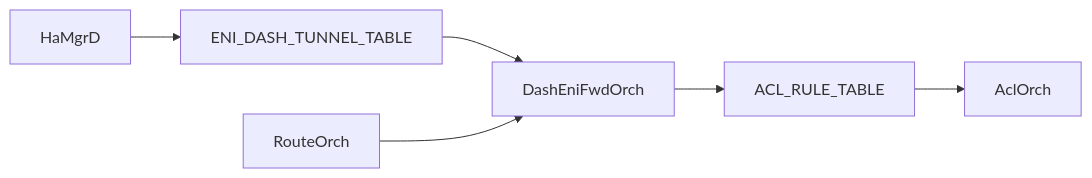
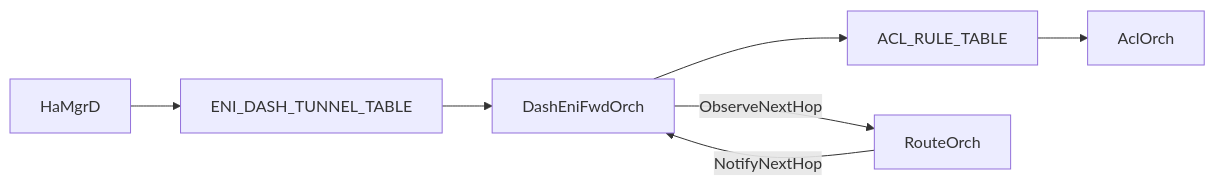
Before and after one commit to sonic-net/SONiC: the diagram in doc/smart-switch/high-availability/eni-based-forwarding.md, drawn with Mermaid.

Commit message:
Add the notify observe dependency

````diff
--- a/doc/smart-switch/high-availability/eni-based-forwarding.md
+++ b/doc/smart-switch/high-availability/eni-based-forwarding.md
@@ -237,10 +237,11 @@
 ```mermaid
 flowchart LR
     ENI_TABLE[ENI_DASH_TUNNEL_TABLE]
 
     HaMgrD --> ENI_TABLE
     ENI_TABLE --> DashEniFwdOrch
     DashEniFwdOrch --> ACL_RULE_TABLE
     ACL_RULE_TABLE --> AclOrch
-    RouteOrch --> DashEniFwdOrch
+    RouteOrch --> |NotifyNextHop| DashEniFwdOrch
+    DashEniFwdOrch --> |ObserveNextHop| RouteOrch
 ```
````
